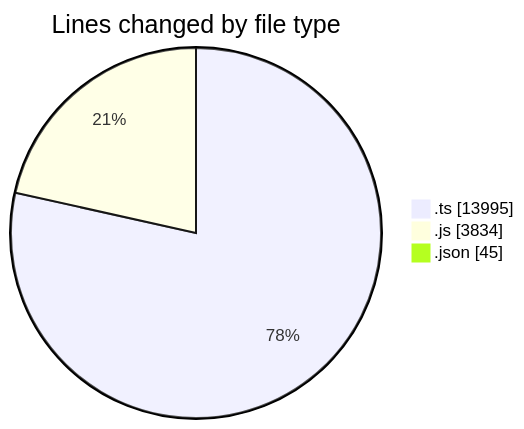
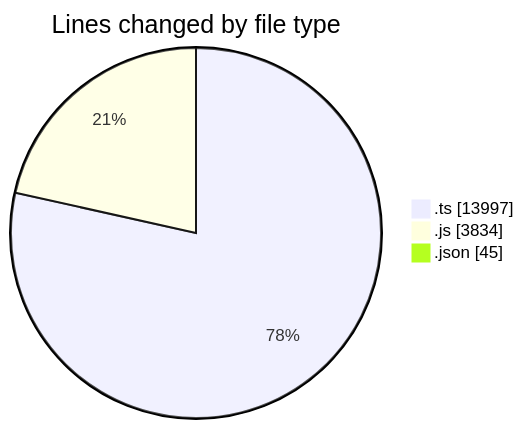
The first of 2 diagrams in 2025-07-29/cda/README.md (momahboobian/code-tracking), drawn with Mermaid before and after one commit. The commit also changed other lines of this file and 1 other file, not shown here.

````diff
--- a/2025-07-29/cda/README.md
+++ b/2025-07-29/cda/README.md
@@ -26,7 +26,7 @@
 ```mermaid
 pie showData
 title Lines changed by file type
-".ts" : 13995
+".ts" : 13997
 ".js" : 3834
 ".json" : 45
 ```
````
